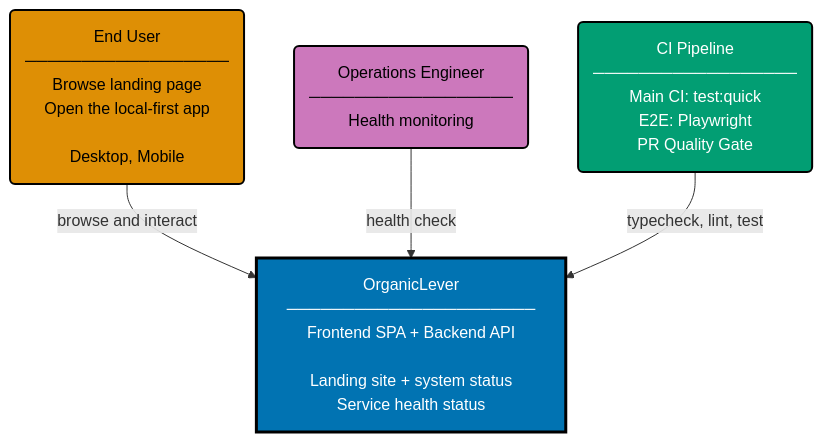
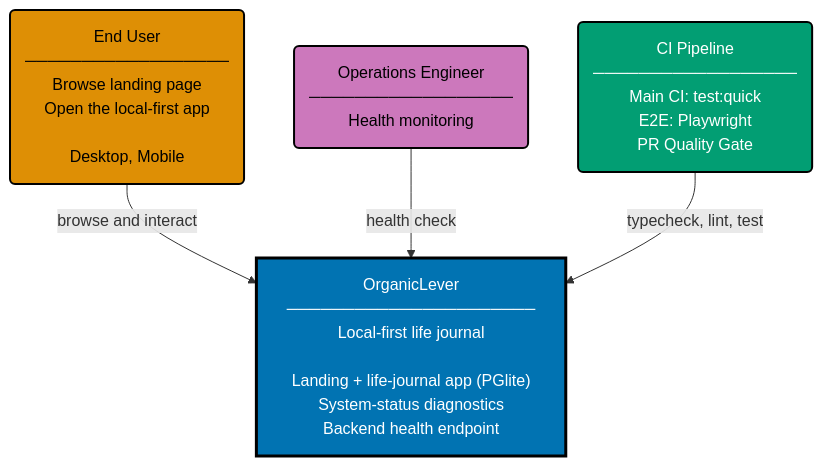
Before and after one commit to wahidyankf/open-sharia-enterprise: the diagram in specs/apps/organiclever/c4/context.md, drawn with Mermaid. The commit also changed other lines of this file and 3 other files, not shown here.

First line of the commit message:
docs(specs): update c4 diagrams to reflect DDD bounded-context architecture

````diff
--- a/specs/apps/organiclever/c4/context.md
+++ b/specs/apps/organiclever/c4/context.md
@@ -7,20 +9,20 @@
 ```mermaid
 %% Color Palette: Blue #0173B2 | Orange #DE8F05 | Teal #029E73 | Purple #CC78BC | Brown #CA9161 | Gray #808080
 graph TD
     EU("End User<br/>──────────────────<br/>Browse landing page<br/>Open the local-first app<br/><br/>Desktop, Mobile"):::actor
 
     OPS("Operations Engineer<br/>──────────────────<br/>Health monitoring"):::actor_ops
 
-    SYSTEM["OrganicLever<br/>──────────────────────<br/>Frontend SPA + Backend API<br/><br/>Landing site + system status<br/>Service health status"]:::system
+    SYSTEM["OrganicLever<br/>──────────────────────<br/>Local-first life journal<br/><br/>Landing + life-journal app (PGlite)<br/>System-status diagnostics<br/>Backend health endpoint"]:::system
 
     CI("CI Pipeline<br/>──────────────────<br/>Main CI: test:quick<br/>E2E: Playwright<br/>PR Quality Gate"):::ci
 
     EU -->|"browse and interact"| SYSTEM
     OPS -->|"health check"| SYSTEM
     CI -->|"typecheck, lint, test"| SYSTEM
 
     classDef actor fill:#DE8F05,stroke:#000000,color:#000000,stroke-width:2px
     classDef actor_ops fill:#CC78BC,stroke:#000000,color:#000000,stroke-width:2px
     classDef system fill:#0173B2,stroke:#000000,color:#FFFFFF,stroke-width:3px
     classDef ci fill:#029E73,stroke:#000000,color:#FFFFFF,stroke-width:2px
 ```
````
